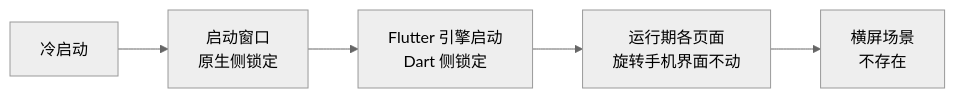
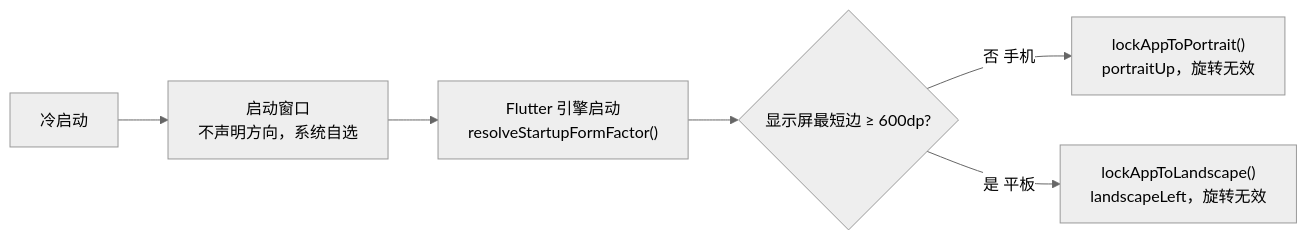
Before and after one commit to kindywu/contexta: the first of 4 diagrams in impl/app/flutter/docs/app-orientation.md, drawn with Mermaid (neutral theme). The commit also changed other lines of this file and 54 other files, not shown here.

````diff
--- a/impl/app/flutter/docs/app-orientation.md
+++ b/impl/app/flutter/docs/app-orientation.md
@@ -17,7 +23,8 @@
 ```mermaid
 flowchart LR
-    A[冷启动] --> B[启动窗口<br/>原生侧锁定]
-    B --> C[Flutter 引擎启动<br/>Dart 侧锁定]
-    C --> D[运行期各页面<br/>旋转手机界面不动]
-    D --> E[横屏场景<br/>不存在]
+    A[冷启动] --> B[启动窗口<br/>不声明方向，系统自选]
+    B --> C["Flutter 引擎启动<br/>resolveStartupFormFactor()"]
+    C --> D{"显示屏最短边 ≥ 600dp?"}
+    D -- 否 手机 --> E["lockAppToPortrait()<br/>portraitUp，旋转无效"]
+    D -- 是 平板 --> F["lockAppToLandscape()<br/>landscapeLeft，旋转无效"]
 ```
````
